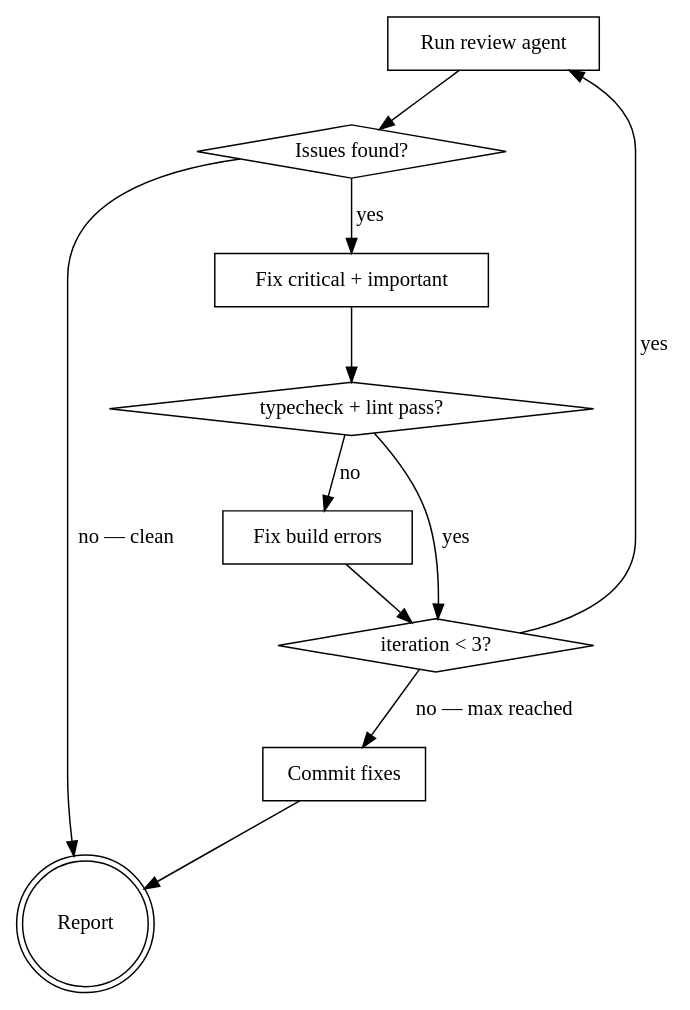
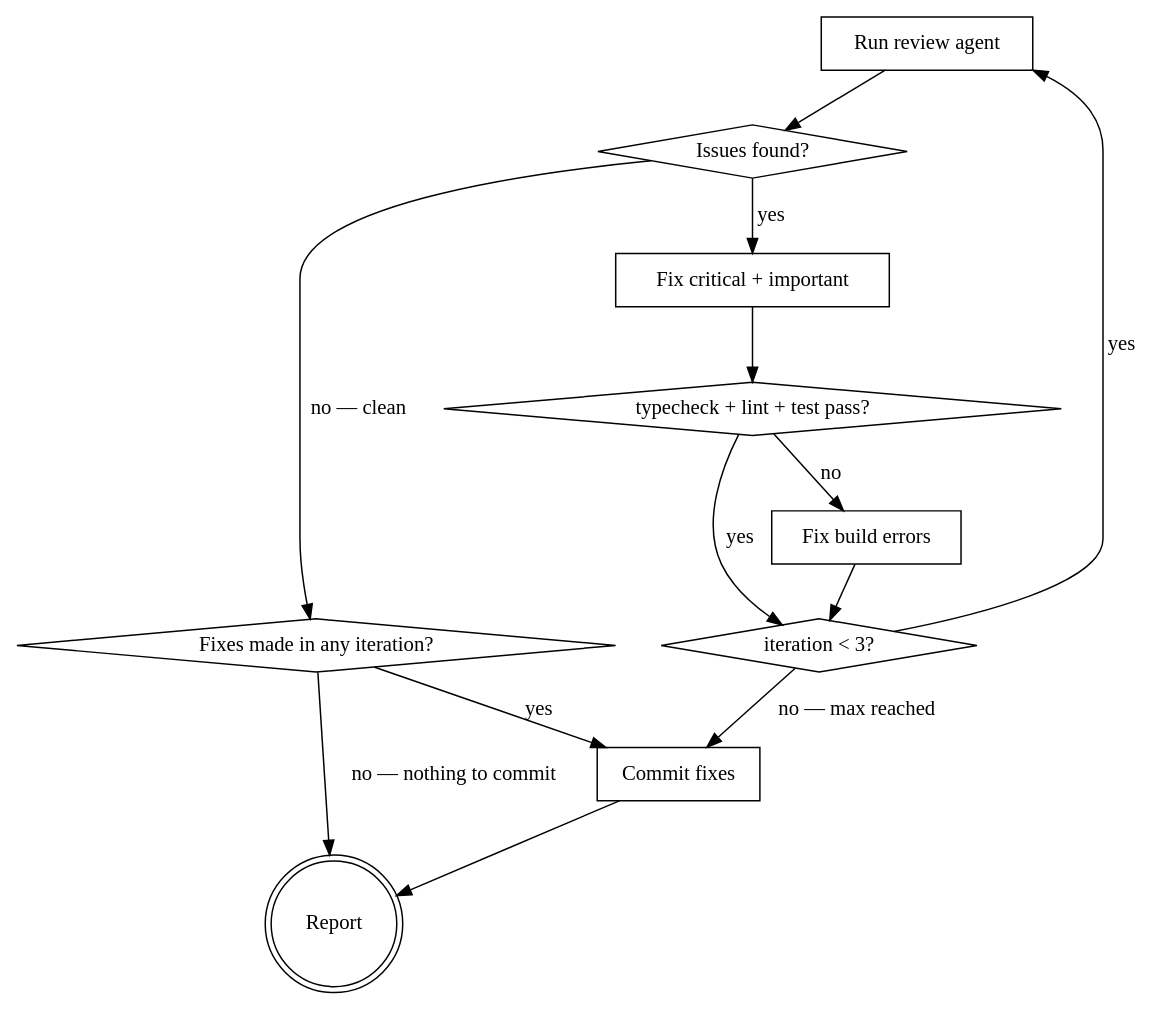
Before and after one commit to UiPath/uipath-typescript: the diagram in .claude/skills/sdk-review/SKILL.md, drawn with Graphviz. The commit also changed other lines of this file and 1 other file, not shown here.

Commit message:
fix: address claude review comments on PR #435
1. onboard-api: fix stale step reference "Steps 6-7" → "Steps 6 and 8"
2. sdk-review: add "Fixes made?" guard on clean exit so prior-iteration
   fixes get committed instead of being left on working tree
3. sdk-review: add test:unit to post-fix verification (typecheck+lint+test)
4. sdk-review: fix NEVER list wording to match flowchart behavior

````diff
--- a/.claude/skills/sdk-review/SKILL.md
+++ b/.claude/skills/sdk-review/SKILL.md
@@ -28,23 +28,26 @@
 ```dot
 digraph review_loop {
     "Run review agent" [shape=box];
     "Issues found?" [shape=diamond];
     "Fix critical + important" [shape=box];
-    "typecheck + lint pass?" [shape=diamond];
+    "typecheck + lint + test pass?" [shape=diamond];
     "Fix build errors" [shape=box];
     "iteration < 3?" [shape=diamond];
+    "Fixes made in any iteration?" [shape=diamond];
     "Commit fixes" [shape=box];
     "Report" [shape=doublecircle];
 
     "Run review agent" -> "Issues found?";
-    "Issues found?" -> "Report" [label="no — clean"];
+    "Issues found?" -> "Fixes made in any iteration?" [label="no — clean"];
     "Issues found?" -> "Fix critical + important" [label="yes"];
-    "Fix critical + important" -> "typecheck + lint pass?";
-    "typecheck + lint pass?" -> "iteration < 3?" [label="yes"];
-    "typecheck + lint pass?" -> "Fix build errors" [label="no"];
+    "Fix critical + important" -> "typecheck + lint + test pass?";
+    "typecheck + lint + test pass?" -> "iteration < 3?" [label="yes"];
+    "typecheck + lint + test pass?" -> "Fix build errors" [label="no"];
     "Fix build errors" -> "iteration < 3?";
     "iteration < 3?" -> "Run review agent" [label="yes"];
     "iteration < 3?" -> "Commit fixes" [label="no — max reached"];
+    "Fixes made in any iteration?" -> "Commit fixes" [label="yes"];
+    "Fixes made in any iteration?" -> "Report" [label="no — nothing to commit"];
     "Commit fixes" -> "Report";
 }
 ```
````
